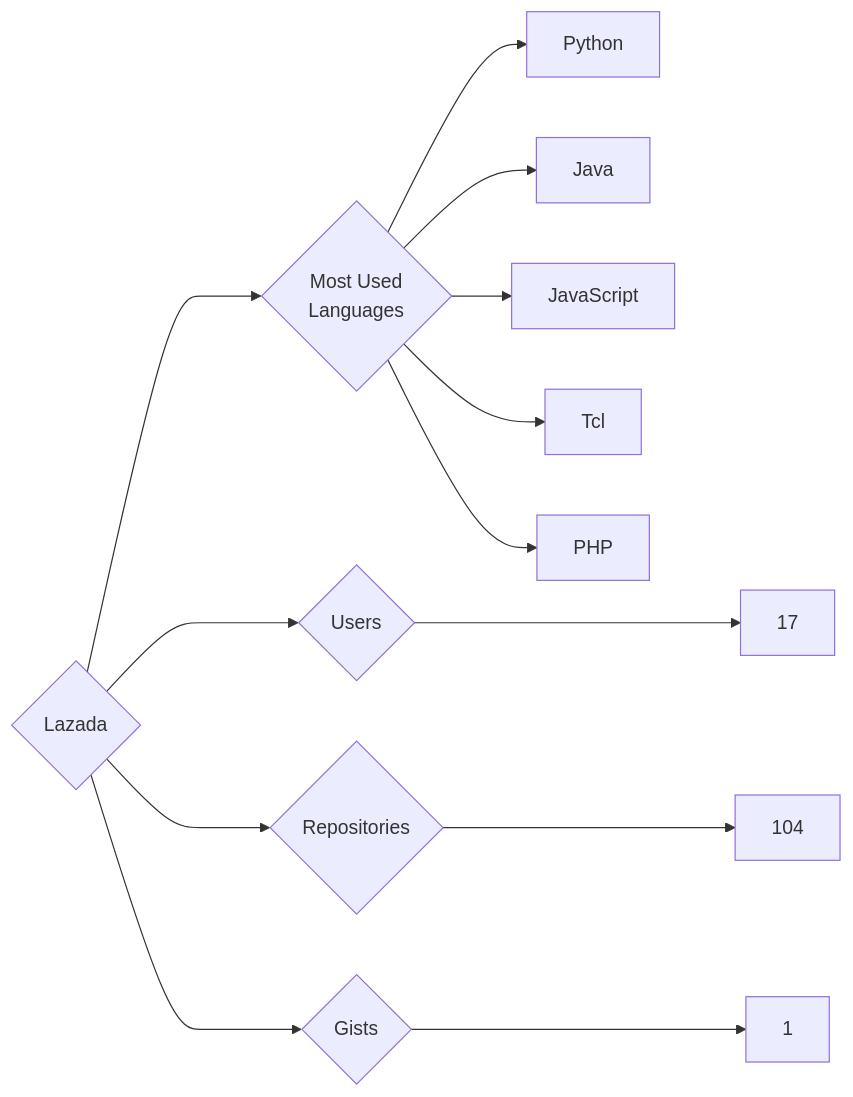
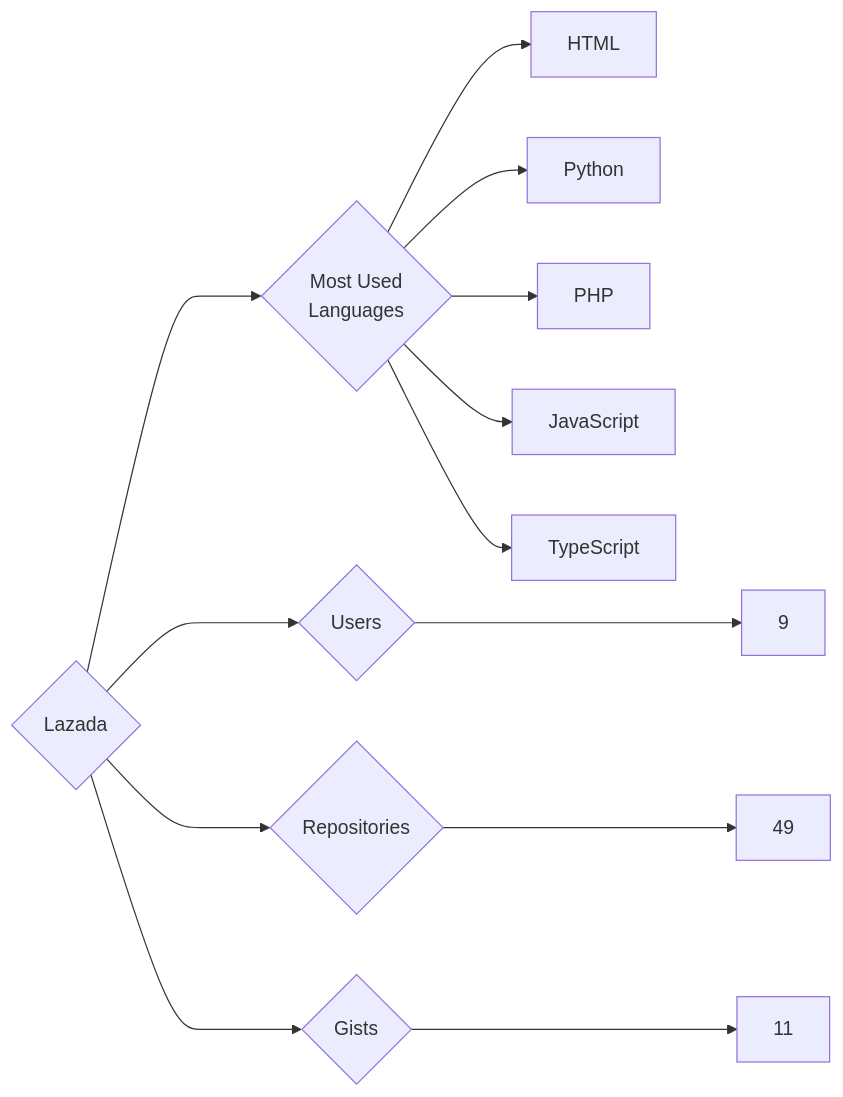
Before and after one commit to trickest/insiders: the diagram in targets/Lazada/README.md, drawn with Mermaid. The commit also changed 699 other files, not shown here.

````diff
--- a/targets/Lazada/README.md
+++ b/targets/Lazada/README.md
@@ -3,13 +3,13 @@
 ```mermaid
 graph LR
 COMPANY_NAME{Lazada}
-COMPANY_NAME ---> U{Users} ---> UN[17]
-COMPANY_NAME ---> R{Repositories} ---> RN[104]
-COMPANY_NAME ---> G{Gists} ---> GN[1]
+COMPANY_NAME ---> U{Users} ---> UN[9]
+COMPANY_NAME ---> R{Repositories} ---> RN[49]
+COMPANY_NAME ---> G{Gists} ---> GN[11]
 COMPANY_NAME ---> ML{Most Used<br>Languages}
+ML --> HTML[HTML]
 ML --> Python[Python]
-ML --> Java[Java]
+ML --> PHP[PHP]
 ML --> JavaScript[JavaScript]
-ML --> Tcl[Tcl]
-ML --> PHP[PHP]
+ML --> TypeScript[TypeScript]
 ```
````
